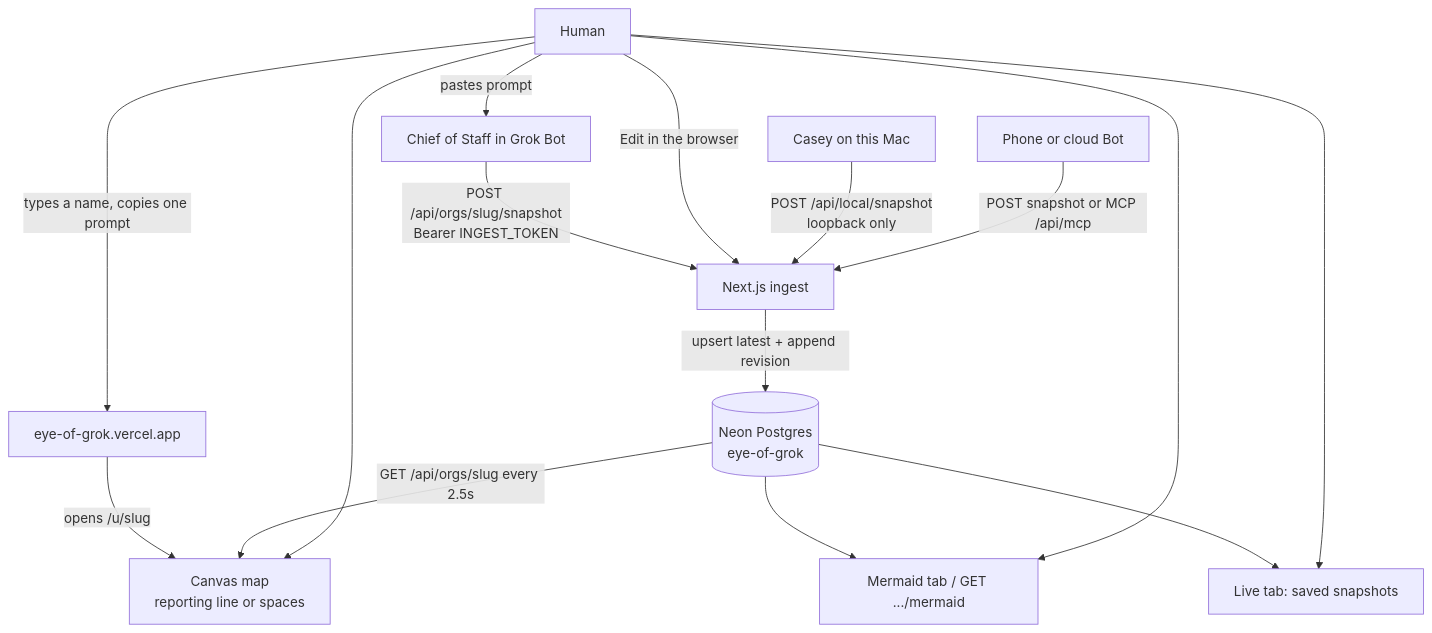
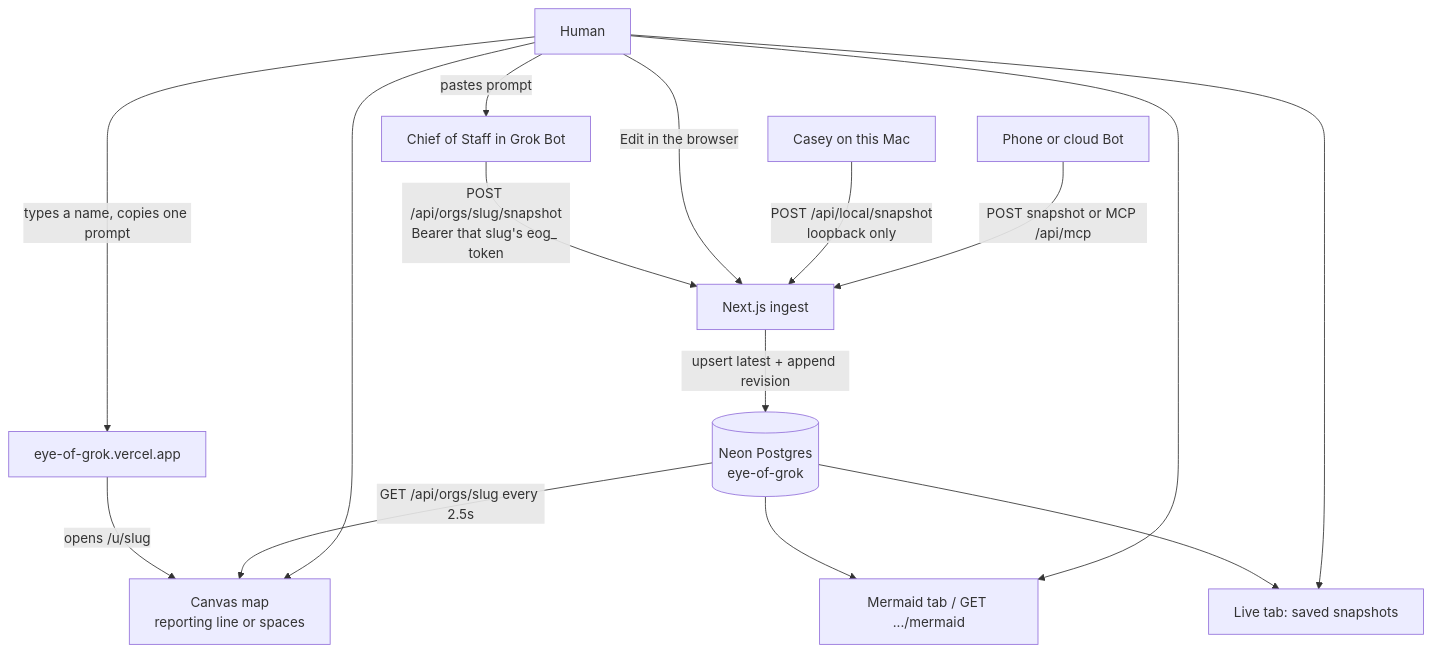
Before and after one commit to supe-log/eye-of-grok: the second of 2 diagrams in README.md, drawn with Mermaid. The commit also changed other lines of this file and 46 other files, not shown here.

````diff
--- a/README.md
+++ b/README.md
@@ -25,17 +66,17 @@
 ```mermaid
 flowchart TD
   Human[Human] -->|"types a name, copies one prompt"| Home["eye-of-grok.vercel.app"]
   Home -->|"opens /u/slug"| Map["Canvas map<br/>reporting line or spaces"]
   Human -->|"pastes prompt"| CoS[Chief of Staff in Grok Bot]
-  CoS -->|"POST /api/orgs/slug/snapshot<br/>Bearer INGEST_TOKEN"| API[Next.js ingest]
+  CoS -->|"POST /api/orgs/slug/snapshot<br/>Bearer that slug's eog_ token"| API[Next.js ingest]
   Human -->|"Edit in the browser"| API
   Laptop[Casey on this Mac] -->|"POST /api/local/snapshot<br/>loopback only"| API
   CloudCoS[Phone or cloud Bot] -->|"POST snapshot or MCP /api/mcp"| API
   API -->|"upsert latest + append revision"| Neon[(Neon Postgres<br/>eye-of-grok)]
   Neon -->|"GET /api/orgs/slug every 2.5s"| Map
   Neon --> Export["Mermaid tab / GET .../mermaid"]
   Neon --> History["Live tab: saved snapshots"]
   Human --> Map
   Human --> Export
   Human --> History
 ```
````
